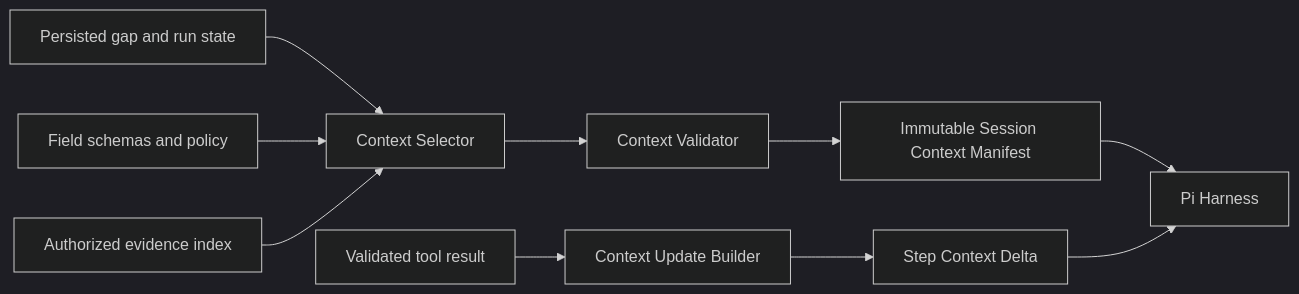
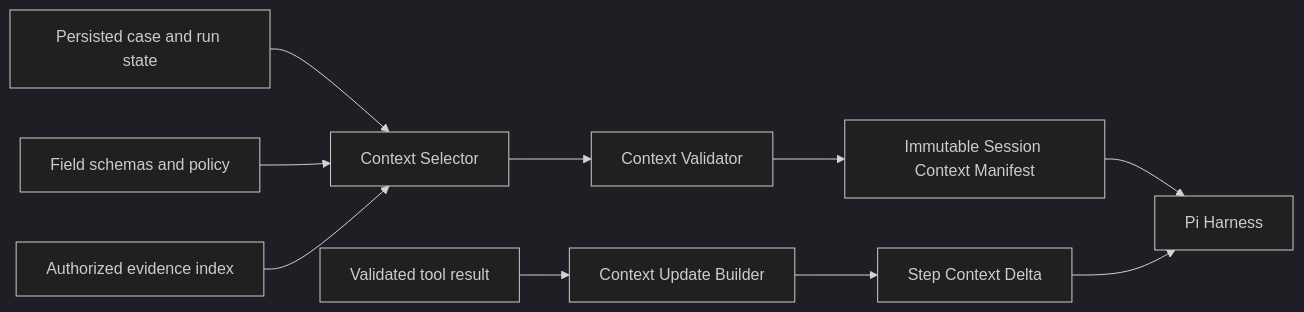
One commit to skang10/fin-processing-agent changed the third of 4 diagrams in specs/components/ADAPTIVE_EXTRACTION_AGENT.md. Above: the diagram before and after it, drawn with Mermaid (dark theme). The commit also changed other lines of this file and 2 other files, not shown here.

Commit message:
docs: approve agent-led case review contract

````diff
--- a/specs/components/ADAPTIVE_EXTRACTION_AGENT.md
+++ b/specs/components/ADAPTIVE_EXTRACTION_AGENT.md
@@ -124,12 +110,12 @@
 ```mermaid
 flowchart LR
-    A[Persisted gap and run state] --> B[Context Selector]
+    A[Persisted case and run state] --> B[Context Selector]
     C[Field schemas and policy] --> B
     D[Authorized evidence index] --> B
     B --> E[Context Validator]
     E --> F[Immutable Session Context Manifest]
     F --> G[Pi Harness]
     H[Validated tool result] --> I[Context Update Builder]
     I --> J[Step Context Delta]
     J --> G
 ```
````
